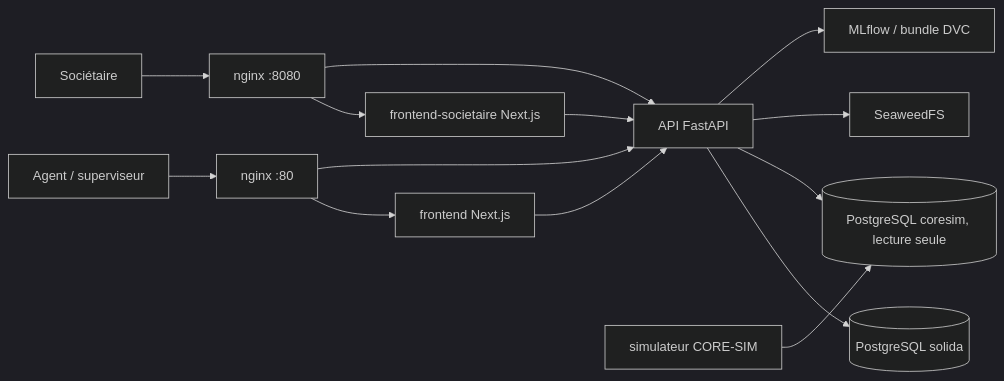
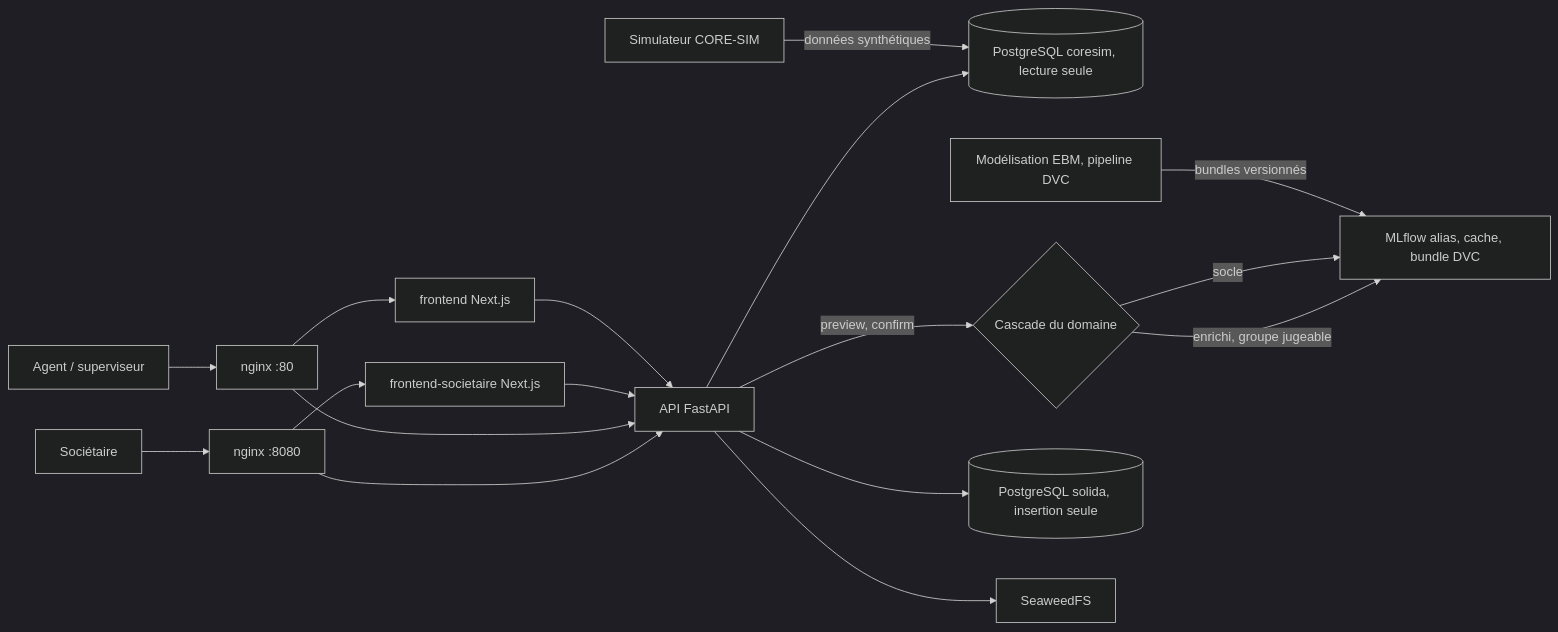
Before and after one commit to Jean-Paul15/SOLIDA: the diagram in README.md, drawn with Mermaid (dark theme). The commit also changed other lines of this file, not shown here.

````diff
--- a/README.md
+++ b/README.md
@@ -26,16 +34,21 @@
 ```mermaid
 flowchart LR
+    SIM[Simulateur CORE-SIM] -->|données synthétiques| PC[(PostgreSQL coresim, lecture seule)]
+    MOD[Modélisation EBM, pipeline DVC] -->|bundles versionnés| M[MLflow alias, cache, bundle DVC]
+
     U1[Agent / superviseur] --> N[nginx :80]
     U2[Sociétaire] --> N2[nginx :8080]
     N --> F[frontend Next.js]
     N2 --> FS[frontend-societaire Next.js]
-    N --> A[API FastAPI]
+    F --> A[API FastAPI]
+    FS --> A
+    N --> A
     N2 --> A
-    F --> A
-    FS --> A
-    A --> PS[(PostgreSQL solida)]
-    A --> PC[(PostgreSQL coresim, lecture seule)]
+
+    A -->|preview, confirm| D{Cascade du domaine}
+    D -->|socle| M
+    D -->|enrichi, groupe jugeable| M
+    A --> PC
+    A --> PS[(PostgreSQL solida, insertion seule)]
     A --> S[SeaweedFS]
-    A --> M[MLflow / bundle DVC]
-    SIM[simulateur CORE-SIM] --> PC
 ```
````
